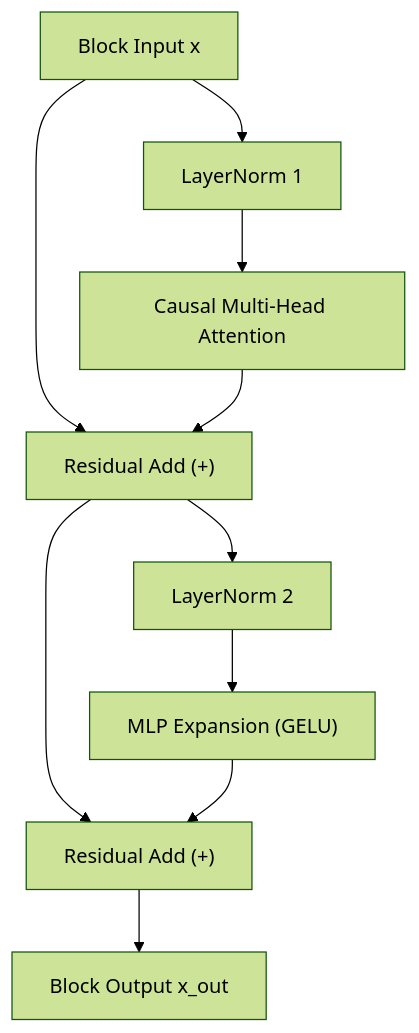
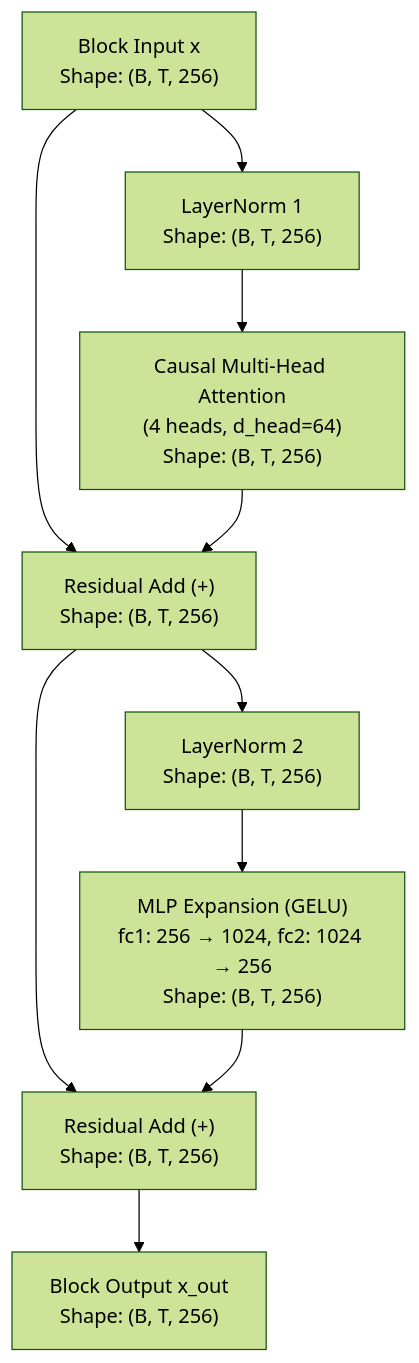
One commit to Ritvik19/NNFS changed the second of 2 diagrams in docs/models/gpt2.md. Above: the diagram before and after it, drawn with Mermaid (forest theme). The commit also changed other lines of this file and 11 other files, not shown here.

Commit message:
refactor: overhaul model documentation with architecture diagrams and update model implementations

````diff
--- a/docs/models/gpt2.md
+++ b/docs/models/gpt2.md
@@ -60,14 +60,14 @@
 ```mermaid
 flowchart TD
-    In["Block Input x"] --> LN1["LayerNorm 1"]
-    LN1 --> Attn["Causal Multi-Head Attention"]
-    In --> Add1["Residual Add (+)"]
+    In["Block Input x<br/>Shape: (B, T, 256)"] --> LN1["LayerNorm 1<br/>Shape: (B, T, 256)"]
+    LN1 --> Attn["Causal Multi-Head Attention<br/>(4 heads, d_head=64)<br/>Shape: (B, T, 256)"]
+    In --> Add1["Residual Add (+)<br/>Shape: (B, T, 256)"]
     Attn --> Add1
     
-    Add1 --> LN2["LayerNorm 2"]
-    LN2 --> FFN["MLP Expansion (GELU)"]
-    Add1 --> Add2["Residual Add (+)"]
+    Add1 --> LN2["LayerNorm 2<br/>Shape: (B, T, 256)"]
+    LN2 --> FFN["MLP Expansion (GELU)<br/>fc1: 256 → 1024, fc2: 1024 → 256<br/>Shape: (B, T, 256)"]
+    Add1 --> Add2["Residual Add (+)<br/>Shape: (B, T, 256)"]
     FFN --> Add2
     
-    Add2 --> Out["Block Output x_out"]
+    Add2 --> Out["Block Output x_out<br/>Shape: (B, T, 256)"]
 ```
````
